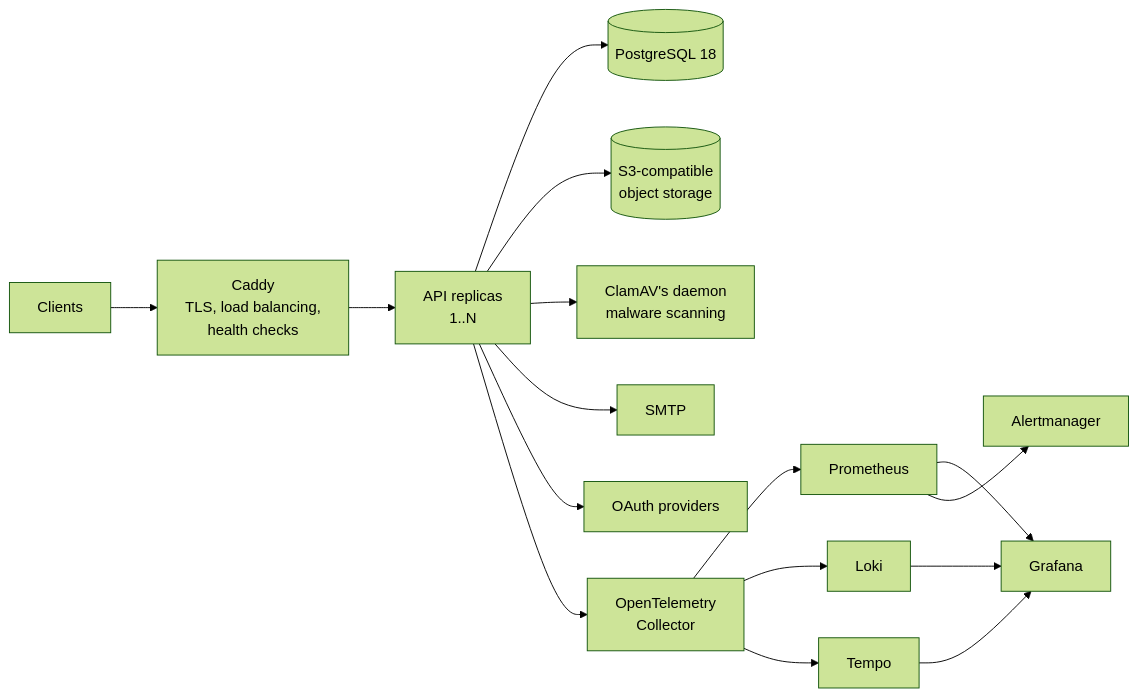
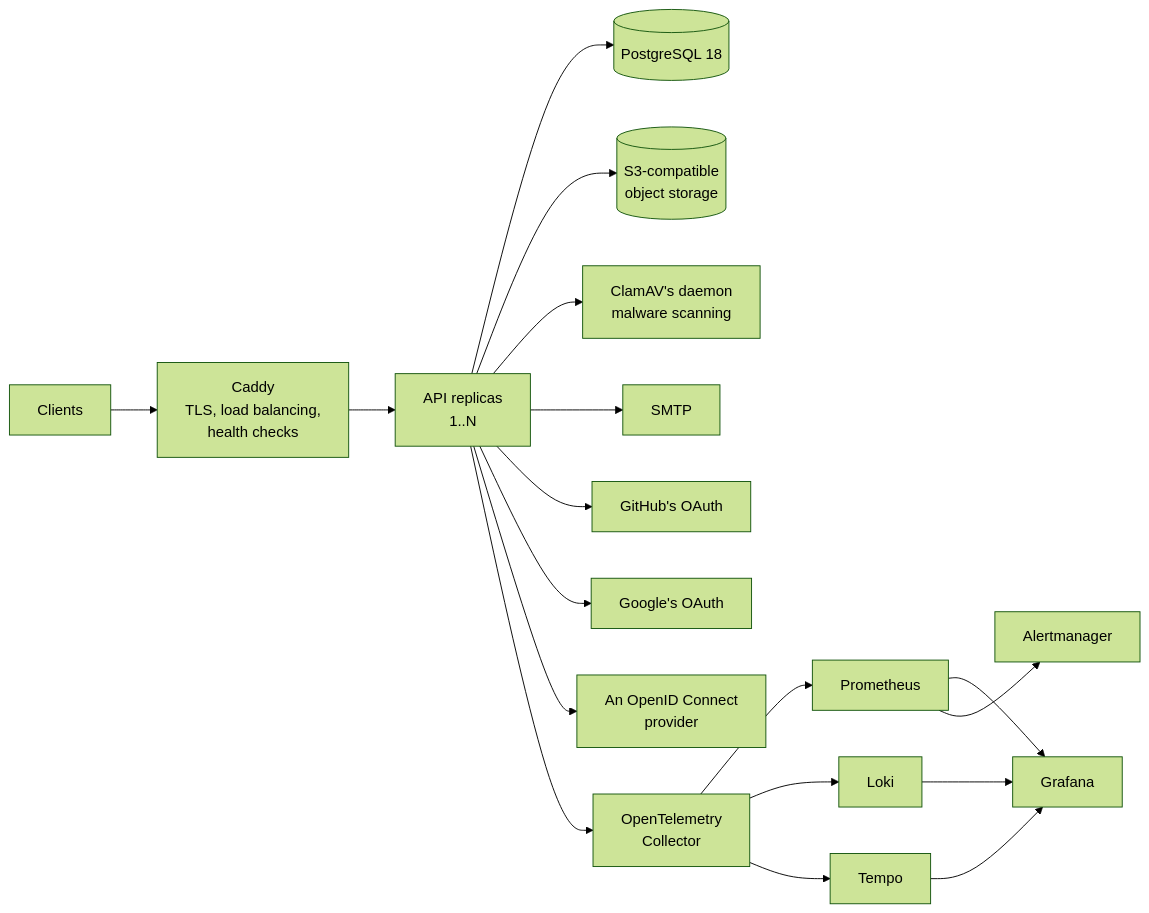
The first of 3 diagrams in docs/architecture.md (Grebyn35/AntWorker-API-Rust), drawn with Mermaid (forest theme) before and after one commit. The commit also changed other lines of this file and 42 other files, not shown here.

````diff
--- a/docs/architecture.md
+++ b/docs/architecture.md
@@ -9,16 +9,24 @@
 ```mermaid
 flowchart LR
   client[Clients] --> caddy[Caddy<br/>TLS, load balancing,<br/>health checks]
   caddy --> api[API replicas<br/>1..N]
   api --> pg[(PostgreSQL 18)]
   %% part: files
   api --> s3[(S3-compatible<br/>object storage)]
   api --> clamd[ClamAV's daemon<br/>malware scanning]
   %% end part: files
   api --> smtp[SMTP]
-  api --> oauth[OAuth providers]
+  %% part: github
+  api --> github[GitHub's OAuth]
+  %% end part: github
+  %% part: google
+  api --> google[Google's OAuth]
+  %% end part: google
+  %% part: openid_connect
+  api --> oidc[An OpenID Connect<br/>provider]
+  %% end part: openid_connect
   api --> otel[OpenTelemetry<br/>Collector]
   otel --> prom[Prometheus] & loki[Loki] & tempo[Tempo]
   prom & loki & tempo --> grafana[Grafana]
   prom --> am[Alertmanager]
 ```
````
